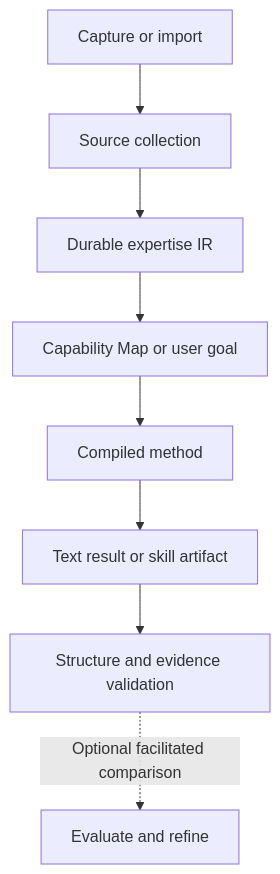
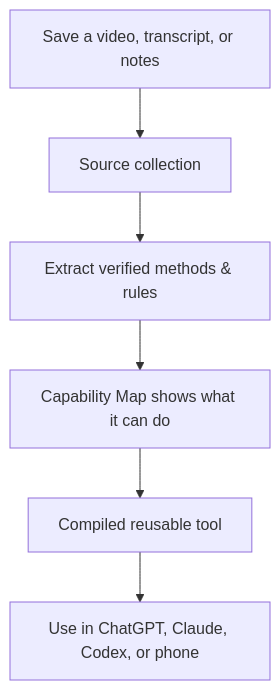
The diagram in README.md (tyreamer/lectic), drawn with Mermaid before and after one commit. The commit also changed other lines of this file, not shown here.

Commit message:
Make the README blunt and human with everyday examples instead of AI architecture

````diff
--- a/README.md
+++ b/README.md
@@ -88,10 +85,8 @@
 ```mermaid
 flowchart TD
-    A[Capture or import] --> B[Source collection]
-    B --> C[Durable expertise IR]
-    C --> D[Capability Map or user goal]
-    D --> E[Compiled method]
-    E --> F[Text result or skill artifact]
-    F --> G[Structure and evidence validation]
-    G -. Optional facilitated comparison .-> H[Evaluate and refine]
+    A[Save a video, transcript, or notes] --> B[Source collection]
+    B --> C[Extract verified methods & rules]
+    C --> D[Capability Map shows what it can do]
+    D --> E[Compiled reusable tool]
+    E --> F[Use in ChatGPT, Claude, Codex, or phone]
 ```
````
